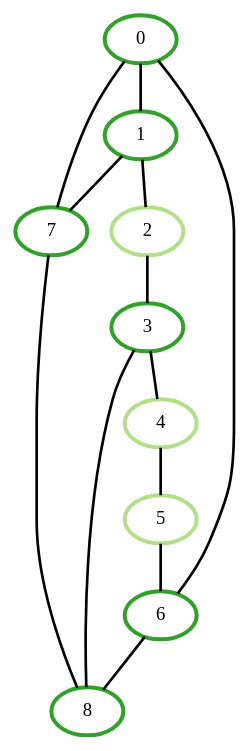
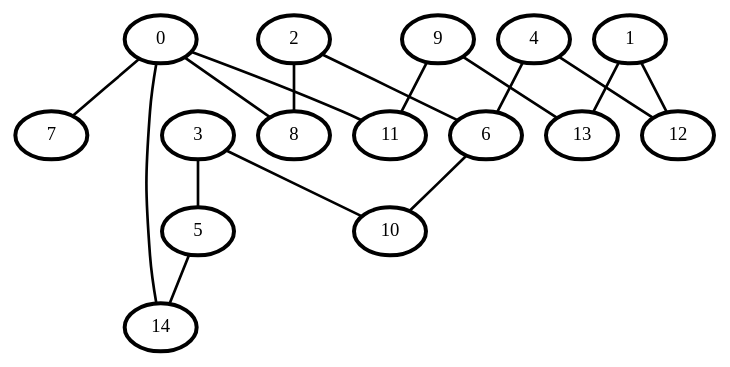
Before and after one commit to RobvEmous/Mod7Group2: the diagram in GI/Results/colorful_0.dot, drawn with Graphviz. The commit also changed 7 other files, not shown here.

```diff
--- a/GI/Results/colorful_0.dot
+++ b/GI/Results/colorful_0.dot
@@ -1,24 +1,34 @@
 graph G {
-    0 [penwidth=3,color=4, colorscheme=paired12]
-    1 [penwidth=3,color=4, colorscheme=paired12]
-    2 [penwidth=3,color=3, colorscheme=paired12]
-    3 [penwidth=3,color=4, colorscheme=paired12]
-    4 [penwidth=3,color=3, colorscheme=paired12]
-    5 [penwidth=3,color=3, colorscheme=paired12]
-    6 [penwidth=3,color=4, colorscheme=paired12]
-    7 [penwidth=3,color=4, colorscheme=paired12]
-    8 [penwidth=3,color=4, colorscheme=paired12]
+    0 [penwidth=3]
+    1 [penwidth=3]
+    2 [penwidth=3]
+    3 [penwidth=3]
+    4 [penwidth=3]
+    5 [penwidth=3]
+    6 [penwidth=3]
+    7 [penwidth=3]
+    8 [penwidth=3]
+    9 [penwidth=3]
+    10 [penwidth=3]
+    11 [penwidth=3]
+    12 [penwidth=3]
+    13 [penwidth=3]
+    14 [penwidth=3]
 
     0--7 [penwidth=2]
-    1--7 [penwidth=2]
-    6--8 [penwidth=2]
-    3--8 [penwidth=2]
-    7--8 [penwidth=2]
-    0--1 [penwidth=2]
-    1--2 [penwidth=2]
-    2--3 [penwidth=2]
-    3--4 [penwidth=2]
-    4--5 [penwidth=2]
-    5--6 [penwidth=2]
-    0--6 [penwidth=2]
+    1--12 [penwidth=2]
+    0--14 [penwidth=2]
+    9--11 [penwidth=2]
+    5--14 [penwidth=2]
+    9--13 [penwidth=2]
+    1--13 [penwidth=2]
+    2--8 [penwidth=2]
+    3--10 [penwidth=2]
+    2--6 [penwidth=2]
+    0--8 [penwidth=2]
+    3--5 [penwidth=2]
+    4--12 [penwidth=2]
+    6--10 [penwidth=2]
+    0--11 [penwidth=2]
+    4--6 [penwidth=2]
 }
```
